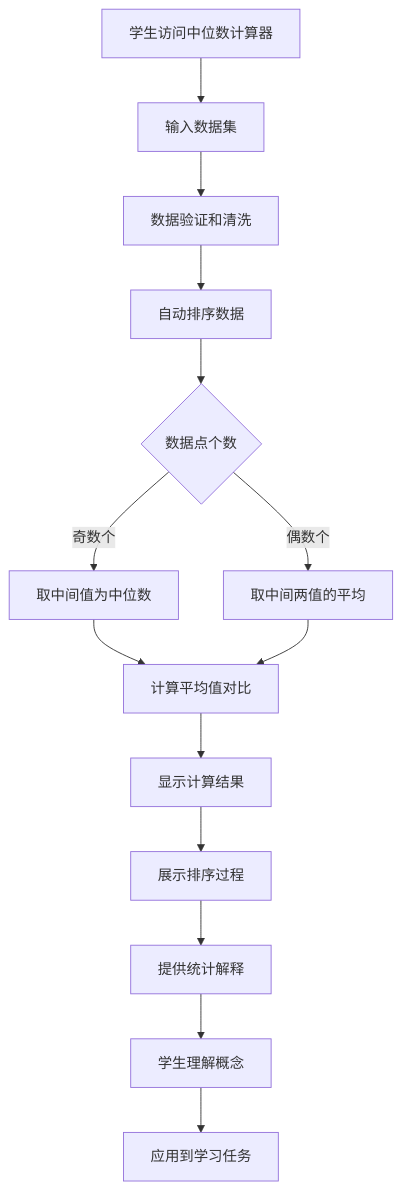
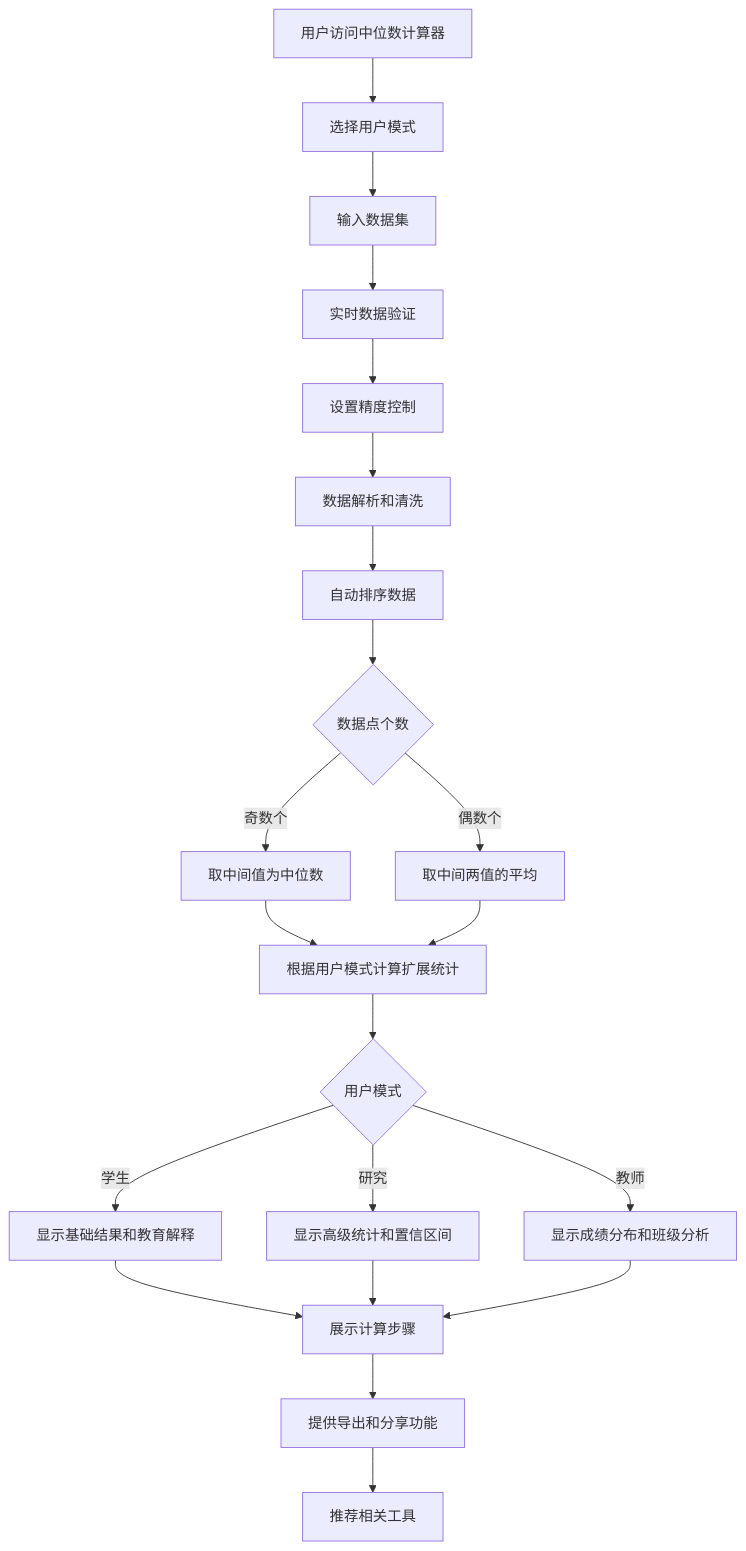
The diagram in docs/02-requirements/user-stories/US-020.md (atricfox/stat-tools), drawn with Mermaid before and after one commit. The commit also changed other lines of this file and 73 other files, not shown here.

````diff
--- a/docs/02-requirements/user-stories/US-020.md
+++ b/docs/02-requirements/user-stories/US-020.md
@@ -42,16 +48,23 @@
 ```mermaid
 graph TD
-    A[学生访问中位数计算器] --> B[输入数据集]
-    B --> C[数据验证和清洗]
-    C --> D[自动排序数据]
-    D --> E{数据点个数}
-    E -->|奇数个| F[取中间值为中位数]
-    E -->|偶数个| G[取中间两值的平均]
-    F --> H[计算平均值对比]
-    G --> H
-    H --> I[显示计算结果]
-    I --> J[展示排序过程]
-    J --> K[提供统计解释]
-    K --> L[学生理解概念]
-    L --> M[应用到学习任务]
+    A[用户访问中位数计算器] --> B[选择用户模式]
+    B --> C[输入数据集]
+    C --> D[实时数据验证]
+    D --> E[设置精度控制]
+    E --> F[数据解析和清洗]
+    F --> G[自动排序数据]
+    G --> H{数据点个数}
+    H -->|奇数个| I[取中间值为中位数]
+    H -->|偶数个| J[取中间两值的平均]
+    I --> K[根据用户模式计算扩展统计]
+    J --> K
+    K --> L{用户模式}
+    L -->|学生| M[显示基础结果和教育解释]
+    L -->|研究| N[显示高级统计和置信区间]
+    L -->|教师| O[显示成绩分布和班级分析]
+    M --> P[展示计算步骤]
+    N --> P
+    O --> P
+    P --> Q[提供导出和分享功能]
+    Q --> R[推荐相关工具]
 ```
````
